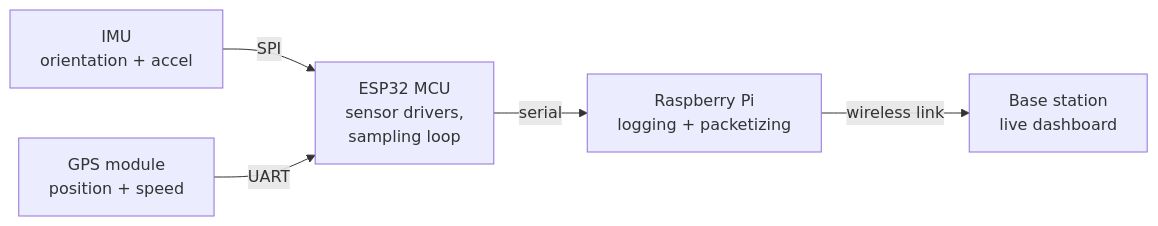
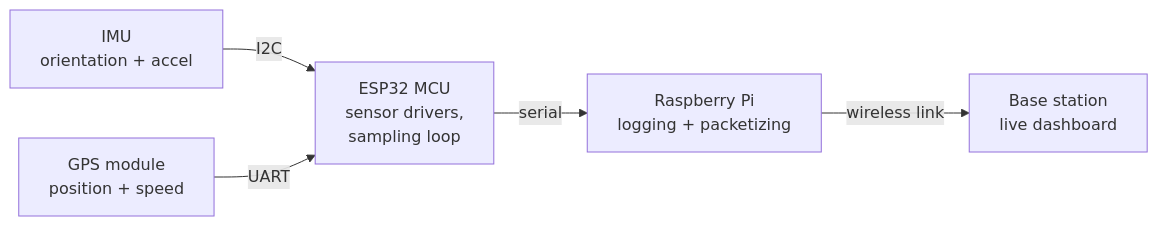
Before and after one commit to nirav1011/M25baja-daq-telemetry: the diagram in README.md, drawn with Mermaid. The commit also changed other lines of this file, not shown here.

````diff
--- a/README.md
+++ b/README.md
@@ -26,7 +26,7 @@
 ```mermaid
 flowchart LR
-    IMU["IMU<br/>orientation + accel"] -- SPI --> T["ESP32 MCU<br/>sensor drivers,<br/>sampling loop"]
+    IMU["IMU<br/>orientation + accel"] -- I2C --> T["ESP32 MCU<br/>sensor drivers,<br/>sampling loop"]
     GPS["GPS module<br/>position + speed"] -- UART --> T
     T -- serial --> PI["Raspberry Pi<br/>logging + packetizing"]
     PI -- wireless link --> ANT["Base station<br/>live dashboard"]
 ```
````
